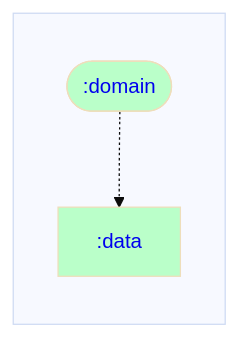
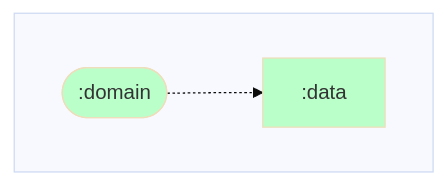
Before and after one commit to ARES-ID/Daedalus: the diagram in data/dependencyGraph.md, drawn with Mermaid. The commit also changed 12 other files, not shown here.

Commit message:
Fix kotlinter & dependency graphs

````diff
--- a/data/dependencyGraph.md
+++ b/data/dependencyGraph.md
@@ -1,22 +1,22 @@
 ```mermaid
 %%{ init: { 'theme': 'base' } }%%
 graph LR;
 
 %% Styling for module nodes by type
 classDef rootNode stroke-width:4px;
 classDef mppNode fill:#ffd2b3,color:#333333;
 classDef andNode fill:#baffc9,color:#333333;
 classDef javaNode fill:#ffb3ba,color:#333333;
 
 %% Modules
 subgraph  
-  direction TB;
-  :data[<a href='https://github.com/rjspies/Daedalus/blob/main/data/dependencyGraph.md' style='text-decoration:auto'>:data</a>]:::andNode;
-  :domain([<a href='https://github.com/rjspies/Daedalus/blob/main/domain/dependencyGraph.md' style='text-decoration:auto'>:domain</a>]):::andNode;
+  direction LR;
+  :data[:data]:::andNode;
+  :domain([:domain]):::andNode;
 end
 
 %% Dependencies
 
 %% Dependents
 :domain-.->:data
 ```
````
